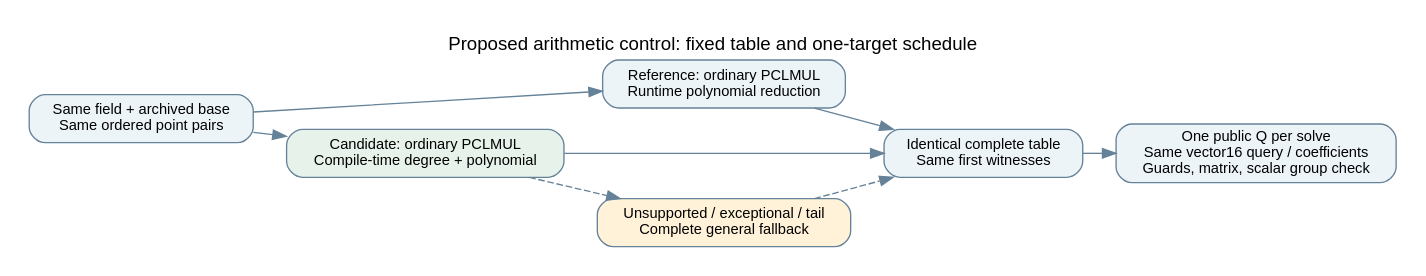
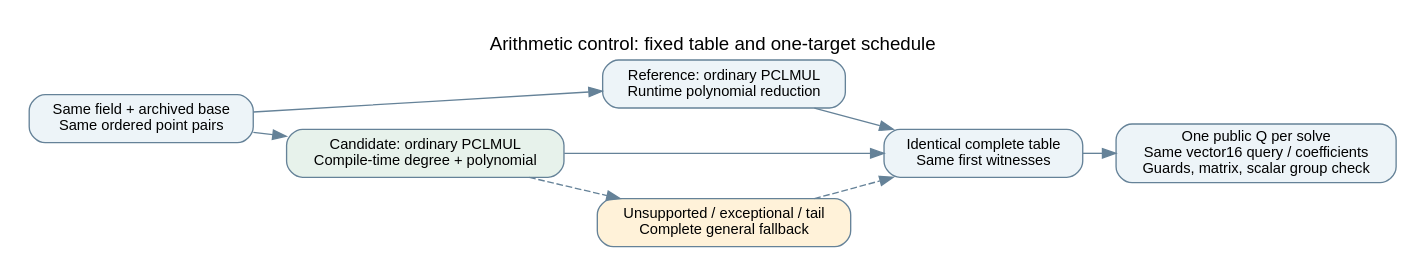
One commit to isogeny-labs/cryptanalysis changed the diagram in experiments/ic-constant-reduction-20261116/flow.dot. Above: the diagram before and after it, drawn with Graphviz. The commit also changed 21 other files, not shown here.

```diff
--- a/experiments/ic-constant-reduction-20261116/flow.dot
+++ b/experiments/ic-constant-reduction-20261116/flow.dot
@@ -1,22 +1,22 @@
 digraph G {
- graph [rankdir=LR, bgcolor="white", pad="0.2", nodesep="0.3", ranksep="0.35", label="Proposed arithmetic control: fixed table and one-target schedule", labelloc=t, fontname="Helvetica"];
+ graph [rankdir=LR, bgcolor="white", pad="0.2", nodesep="0.3", ranksep="0.35", label="Arithmetic control: fixed table and one-target schedule", labelloc=t, fontname="Helvetica"];
  node [shape=box,style="rounded,filled",fillcolor="#edf4f8",color="#658298",fontname="Helvetica",fontsize=11];
  edge [color="#658298",fontname="Helvetica",fontsize=10];
  input [label="Same field + archived base
 Same ordered point pairs"];
  dynamic [label="Reference: ordinary PCLMUL
 Runtime polynomial reduction"];
  constant [label="Candidate: ordinary PCLMUL
 Compile-time degree + polynomial",fillcolor="#e7f2eb"];
  table [label="Identical complete table
 Same first witnesses"];
  query [label="One public Q per solve
 Same vector16 query / coefficients
 Guards, matrix, scalar group check"];
  fallback [label="Unsupported / exceptional / tail
 Complete general fallback",fillcolor="#fff2d9"];
  input -> dynamic; input -> constant;
  dynamic -> table; constant -> table;
  constant -> fallback [style=dashed];fallback -> table [style=dashed];
  table -> query;
 }
```
